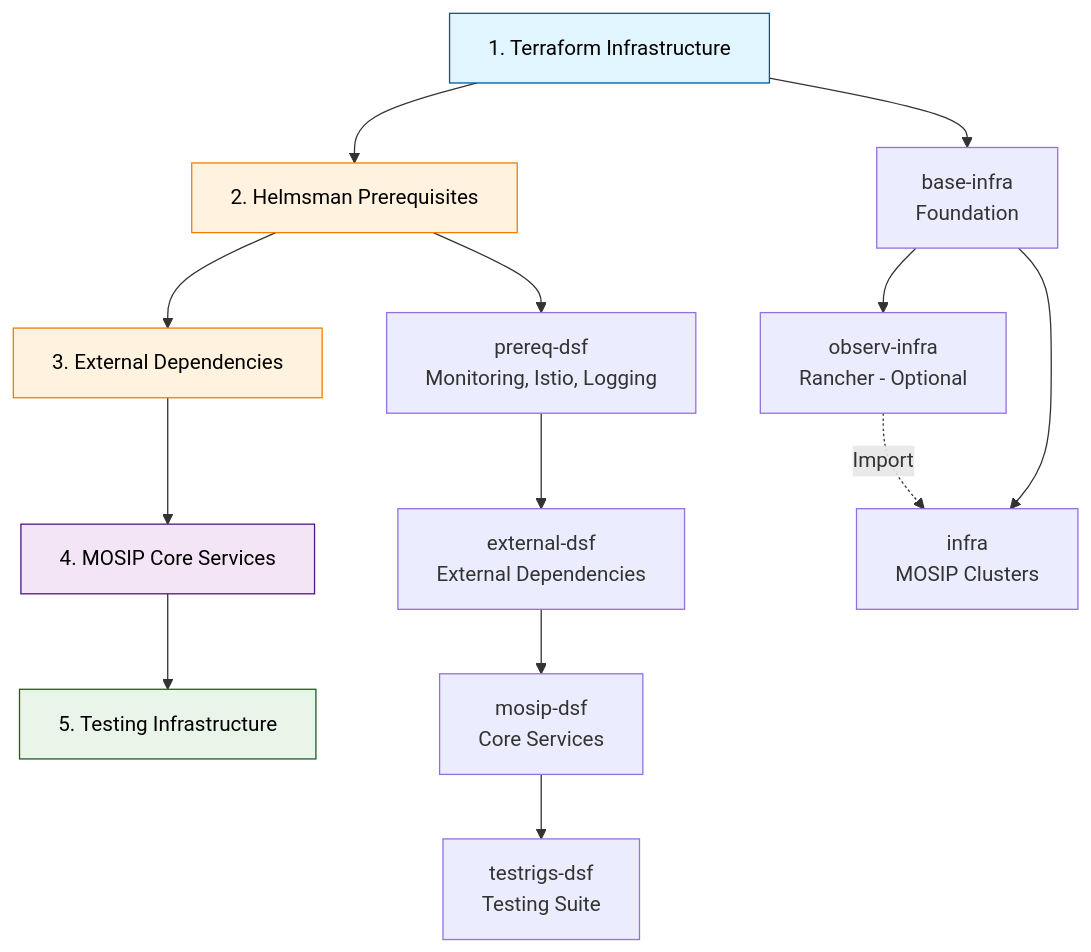
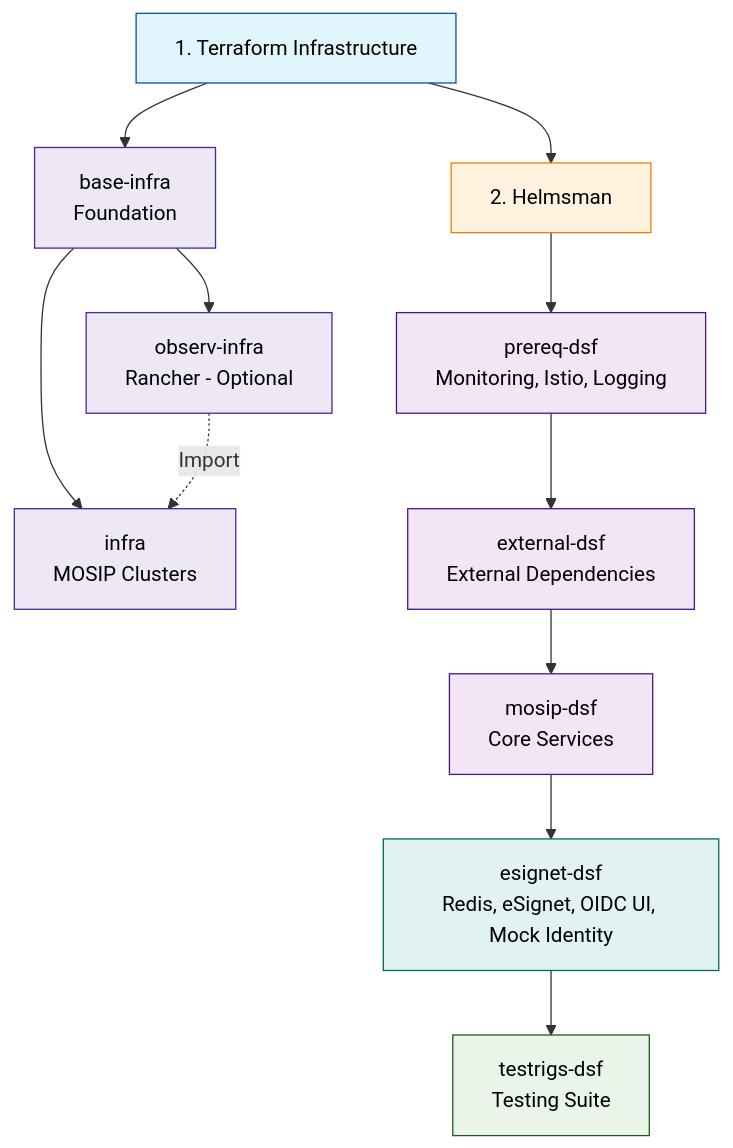
One commit to dmrazzy/documentation changed the diagram in docs/setup/deploymentnew/v3-installation/1.2.0.3.md. Above: the diagram before and after it, drawn with Mermaid. The commit also changed other lines of this file, not shown here.

Commit message:
[MOSIP-43143]Add eSignet integration to deployment documentation
This release introduces eSignet as a fully integrated deployment component within the RDI framework, enabling secure digital identity verification. The documentation has been updated to reflect eSignet integration and provide additional resources for deployment.

````diff
--- a/docs/setup/deploymentnew/v3-installation/1.2.0.3.md
+++ b/docs/setup/deploymentnew/v3-installation/1.2.0.3.md
@@ -43,24 +47,26 @@
 ```mermaid
 graph TD
-    A[1. Terraform Infrastructure] --> B[2. Helmsman Prerequisites]
-    B --> C[3. External Dependencies]
-    C --> D[4. MOSIP Core Services]
-    D --> E[5. Testing Infrastructure]
-    
-    A1[base-infra<br/>Foundation] --> A2[observ-infra<br/>Rancher - Optional]
-    A1 --> A3[infra<br/>MOSIP Clusters]
-    A2 -.->|Import| A3
-    
-    B1[prereq-dsf<br/>Monitoring, Istio, Logging] --> C1[external-dsf<br/>External Dependencies]
-    C1 --> D1[mosip-dsf<br/>Core Services]
-    D1 --> E1[testrigs-dsf<br/>Testing Suite]
-    
-    A --> A1
-    B --> B1
-    
+    A[1. Terraform Infrastructure] --> B[2. Helmsman]
+
+    A --> TF1[base-infra<br/>Foundation]
+    TF1 --> TF2[observ-infra<br/>Rancher - Optional]
+    TF1 --> TF3[infra<br/>MOSIP Clusters]
+    TF2 -.->|Import| TF3
+
+    B --> H1[prereq-dsf<br/>Monitoring, Istio, Logging]
+    H1 --> H2[external-dsf<br/>External Dependencies]
+    H2 --> H3[mosip-dsf<br/>Core Services]
+    H3 --> H4[esignet-dsf<br/>Redis, eSignet, OIDC UI, Mock Identity]
+    H4 --> H5[testrigs-dsf<br/>Testing Suite]
+
     style A fill:#e1f5fe,stroke:#01579b,color:#000000
     style B fill:#fff3e0,stroke:#f57c00,color:#000000
-    style C fill:#fff3e0,stroke:#f57c00,color:#000000
-    style D fill:#f3e5f5,stroke:#4a148c,color:#000000
-    style E fill:#e8f5e8,stroke:#1b5e20,color:#000000
+    style TF1 fill:#ede7f6,stroke:#4527a0,color:#000000
+    style TF2 fill:#ede7f6,stroke:#4527a0,color:#000000
+    style TF3 fill:#ede7f6,stroke:#4527a0,color:#000000
+    style H1 fill:#f3e5f5,stroke:#4a148c,color:#000000
+    style H2 fill:#f3e5f5,stroke:#4a148c,color:#000000
+    style H3 fill:#f3e5f5,stroke:#4a148c,color:#000000
+    style H4 fill:#e0f2f1,stroke:#00695c,color:#000000
+    style H5 fill:#e8f5e8,stroke:#1b5e20,color:#000000
 ```
````
